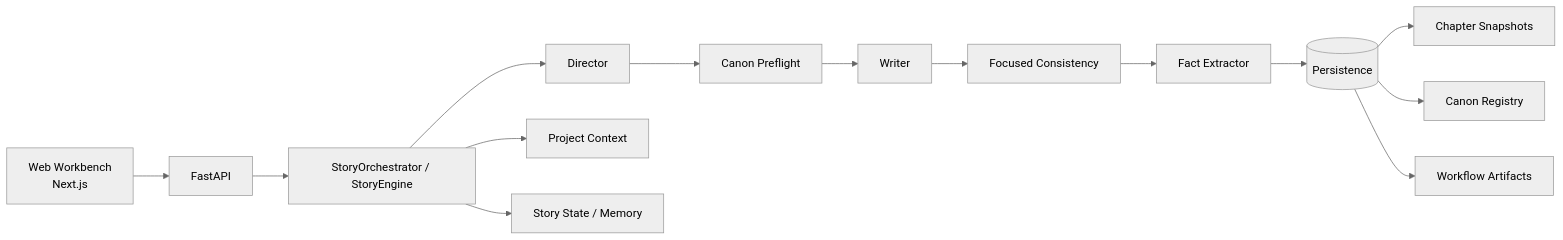
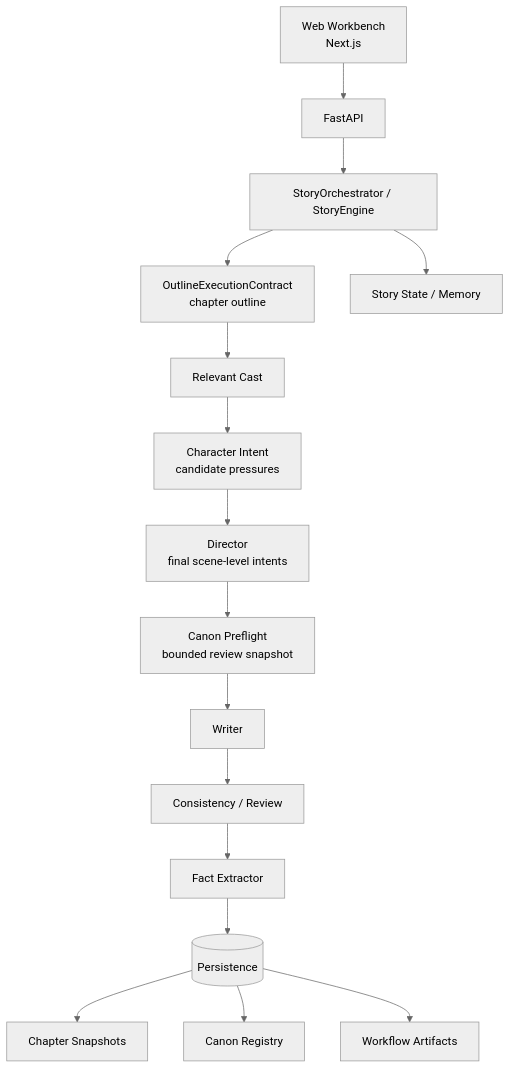
The diagram in README.md (zj3983/novelflow-engine), drawn with Mermaid (neutral theme) before and after one commit. The commit also changed other lines of this file and 1 other file, not shown here.

Commit message:
docs: refresh pipeline architecture notes

````diff
--- a/README.md
+++ b/README.md
@@ -47,18 +47,20 @@
 ```mermaid
-flowchart LR
+flowchart TD
     UI[Web Workbench<br/>Next.js] --> API[FastAPI]
     API --> O[StoryOrchestrator / StoryEngine]
 
-    O --> D[Director]
-    D --> C[Canon Preflight]
+    O --> CONTRACT[OutlineExecutionContract<br/>chapter outline]
+    CONTRACT --> CAST[Relevant Cast]
+    CAST --> INTENT[Character Intent<br/>candidate pressures]
+    INTENT --> D[Director<br/>final scene-level intents]
+    D --> C[Canon Preflight<br/>bounded review snapshot]
     C --> W[Writer]
-    W --> Q[Focused Consistency]
-    Q --> F[Fact Extractor]
+    W --> R[Consistency / Review]
+    R --> F[Fact Extractor]
 
-    O --> CTX[Project Context]
-    O --> MEM[Story State / Memory]
+    O --> STATE[Story State / Memory]
     F --> P[(Persistence)]
     P --> SNAP[Chapter Snapshots]
     P --> REG[Canon Registry]
     P --> WF[Workflow Artifacts]
 ```
````
